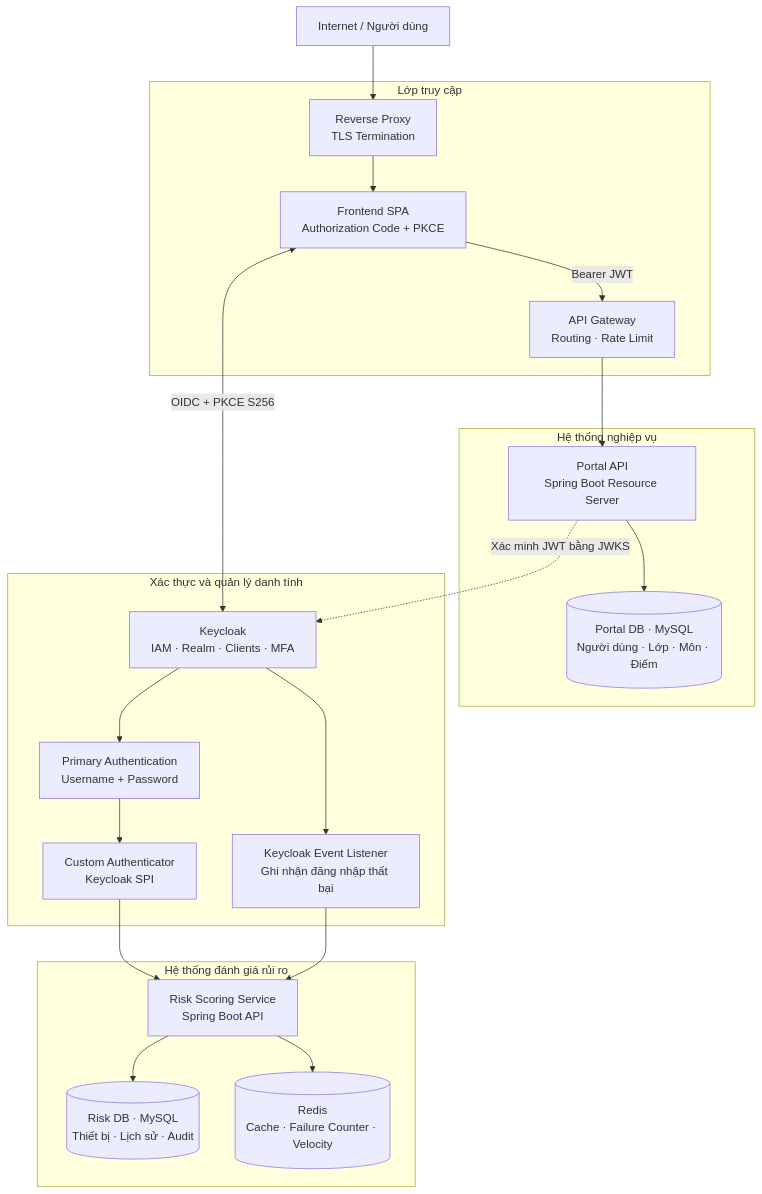
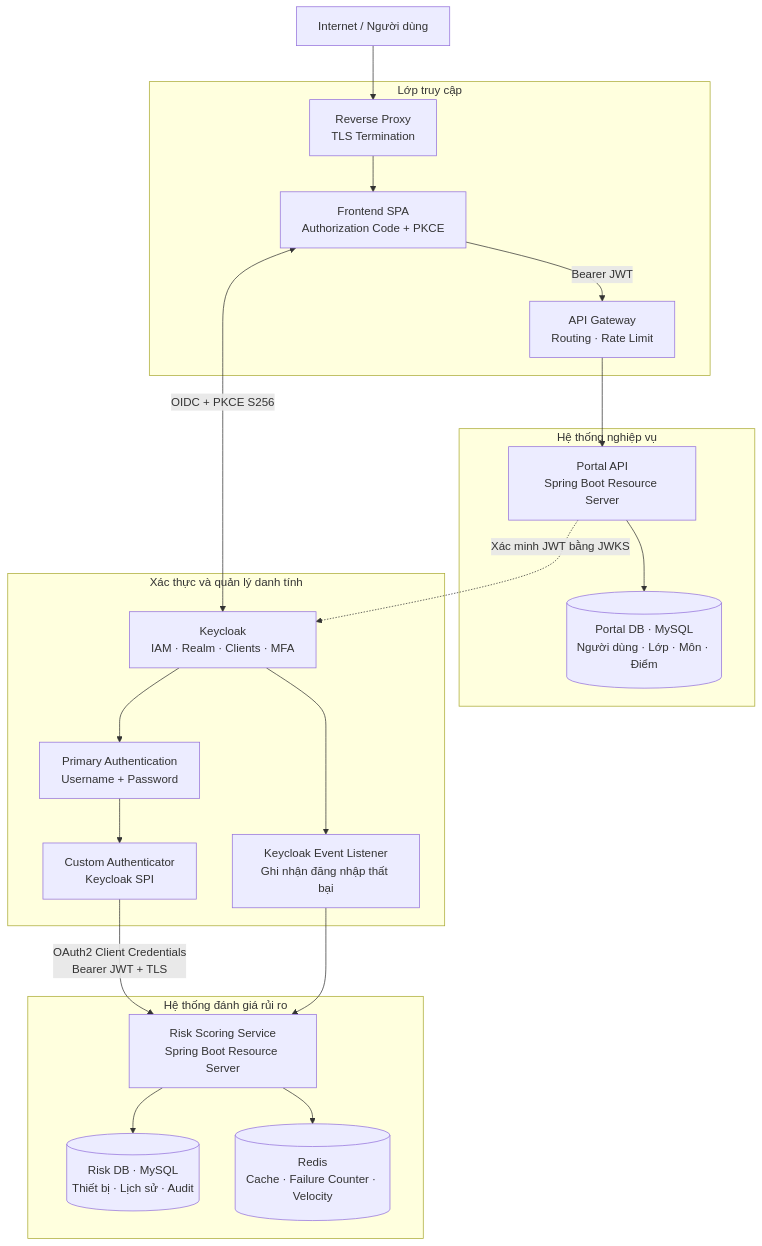
The first of 2 diagrams in ARCHITECTURE.md (NguyenTruong-An/zerotrust), drawn with Mermaid before and after one commit. The commit also changed other lines of this file and 38 other files, not shown here.

Commit message:
update risk score service

````diff
--- a/ARCHITECTURE.md
+++ b/ARCHITECTURE.md
@@ -18,30 +18,30 @@
 ```mermaid
 flowchart TB
     USER["Internet / Người dùng"] --> RP["Reverse Proxy<br/>TLS Termination"]
 
     subgraph ACCESS["Lớp truy cập"]
         RP --> SPA["Frontend SPA<br/>Authorization Code + PKCE"]
         SPA -->|"Bearer JWT"| GW["API Gateway<br/>Routing · Rate Limit"]
     end
 
     subgraph PORTAL["Hệ thống nghiệp vụ"]
         GW --> APP["Portal API<br/>Spring Boot Resource Server"]
         APP --> PDB[("Portal DB · MySQL<br/>Người dùng · Lớp · Môn · Điểm")]
     end
 
     subgraph IAM["Xác thực và quản lý danh tính"]
         SPA <-->|"OIDC + PKCE S256"| KC["Keycloak<br/>IAM · Realm · Clients · MFA"]
         KC --> PA["Primary Authentication<br/>Username + Password"]
         PA --> SPI["Custom Authenticator<br/>Keycloak SPI"]
         KC --> EL["Keycloak Event Listener<br/>Ghi nhận đăng nhập thất bại"]
     end
 
     subgraph RISK["Hệ thống đánh giá rủi ro"]
-        SPI --> RS["Risk Scoring Service<br/>Spring Boot API"]
+        SPI -->|"OAuth2 Client Credentials<br/>Bearer JWT + TLS"| RS["Risk Scoring Service<br/>Spring Boot Resource Server"]
         EL --> RS
         RS --> RDB[("Risk DB · MySQL<br/>Thiết bị · Lịch sử · Audit")]
         RS --> REDIS[("Redis<br/>Cache · Failure Counter · Velocity")]
     end
 
     APP -. "Xác minh JWT bằng JWKS" .-> KC
 ```
````
